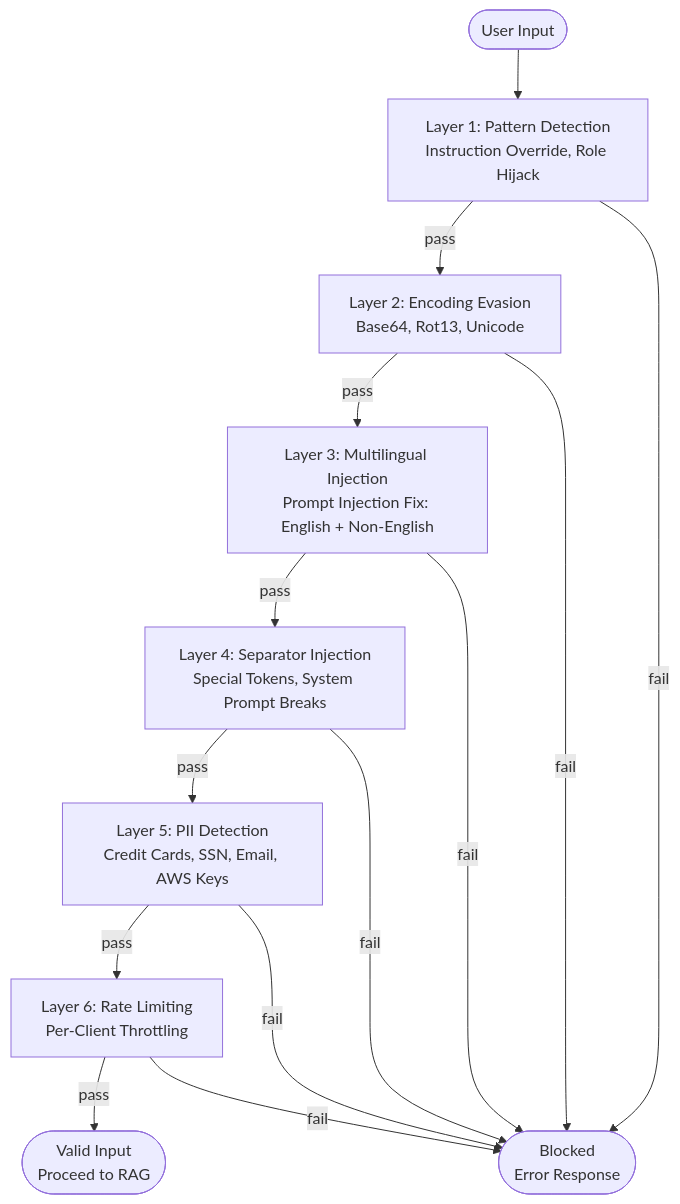
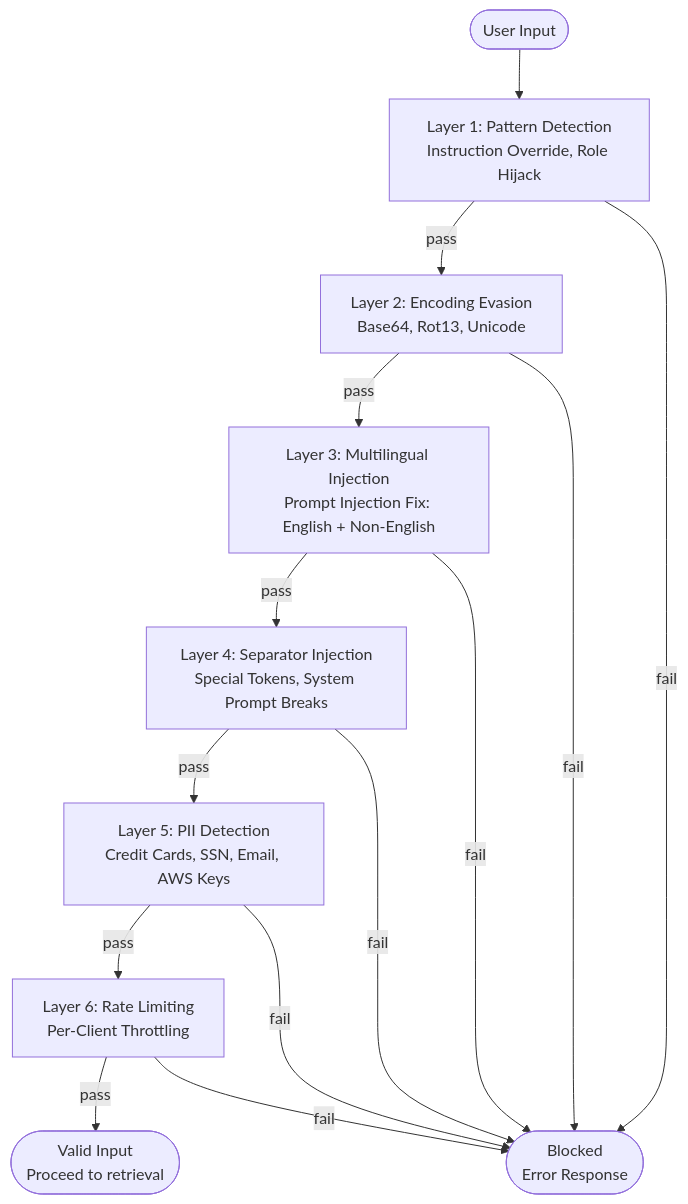
Before and after one commit to tukue/devsecops-platform-agent: the third of 10 diagrams in README.md, drawn with Mermaid. The commit also changed other lines of this file and 4 other files, not shown here.

````diff
--- a/README.md
+++ b/README.md
@@ -263,28 +264,28 @@
 ```mermaid
 flowchart TD
     INPUT([User Input])
 
     L1["Layer 1: Pattern Detection\nInstruction Override, Role Hijack"]
     L2["Layer 2: Encoding Evasion\nBase64, Rot13, Unicode"]
     L3["Layer 3: Multilingual Injection\nPrompt Injection Fix: English + Non-English"]
     L4["Layer 4: Separator Injection\nSpecial Tokens, System Prompt Breaks"]
     L5["Layer 5: PII Detection\nCredit Cards, SSN, Email, AWS Keys"]
     L6["Layer 6: Rate Limiting\nPer-Client Throttling"]
 
-    VALID([Valid Input\nProceed to RAG])
+    VALID([Valid Input\nProceed to retrieval])
     BLOCKED([Blocked\nError Response])
 
     INPUT --> L1
     L1 -->|pass| L2
     L1 -->|fail| BLOCKED
     L2 -->|pass| L3
     L2 -->|fail| BLOCKED
     L3 -->|pass| L4
     L3 -->|fail| BLOCKED
     L4 -->|pass| L5
     L4 -->|fail| BLOCKED
     L5 -->|pass| L6
     L5 -->|fail| BLOCKED
     L6 -->|pass| VALID
     L6 -->|fail| BLOCKED
 ```
````
